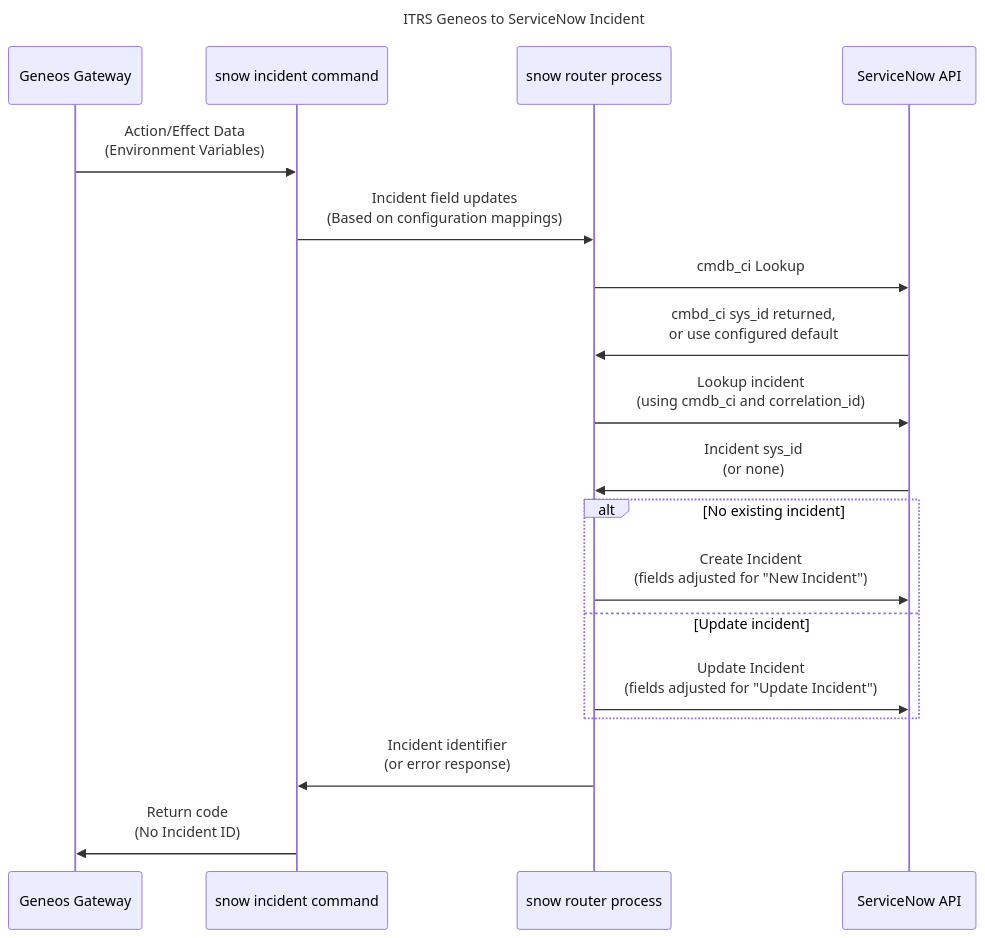
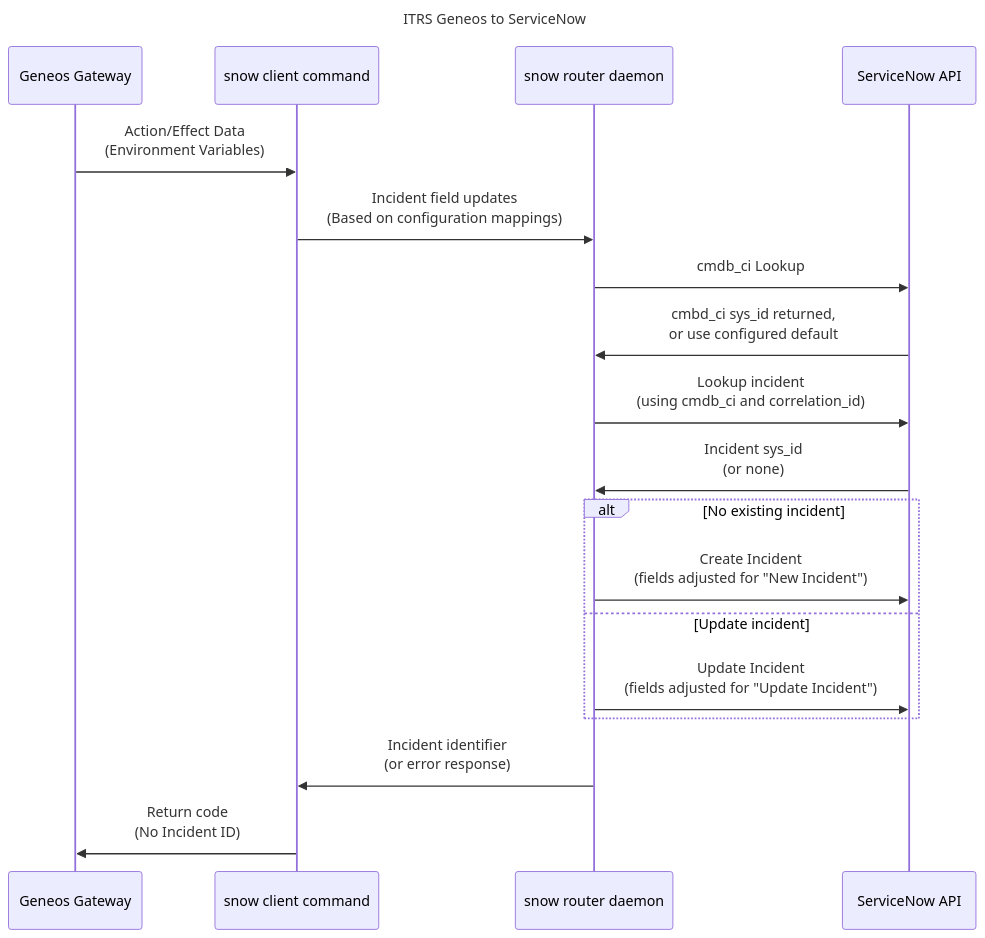
Before and after one commit to ITRS-Group/cordial: the diagram in integrations/servicenow2/README.md, drawn with Mermaid. The commit also changed 10 other files, not shown here.

````diff
--- a/integrations/servicenow2/README.md
+++ b/integrations/servicenow2/README.md
@@ -97,28 +97,28 @@
 ```mermaid
 ---
-title: ITRS Geneos to ServiceNow Incident
+title: ITRS Geneos to ServiceNow
 ---
 sequenceDiagram
     participant G as Geneos Gateway
-    participant C as snow incident command
-    participant R as snow router process
+    participant C as snow client command
+    participant R as snow router daemon
     participant S as ServiceNow API
 
     G ->> C: Action/Effect Data<br/>(Environment Variables)
     C ->> R: Incident field updates<br/>(Based on configuration mappings)
 
     R ->> S: cmdb_ci Lookup
     S ->> R: cmbd_ci sys_id returned,<br/> or use configured default
 
     R ->> S: Lookup incident<br/>(using cmdb_ci and correlation_id)
     S ->> R: Incident sys_id<br/>(or none)
 
     alt No existing incident
     R ->> S: Create Incident<br/>(fields adjusted for "New Incident")
     else Update incident
     R ->> S: Update Incident<br/>(fields adjusted for "Update Incident")
     end
 
     R ->> C: Incident identifier<br/>(or error response)
     C ->> G: Return code<br/>(No Incident ID)
 ```
````
